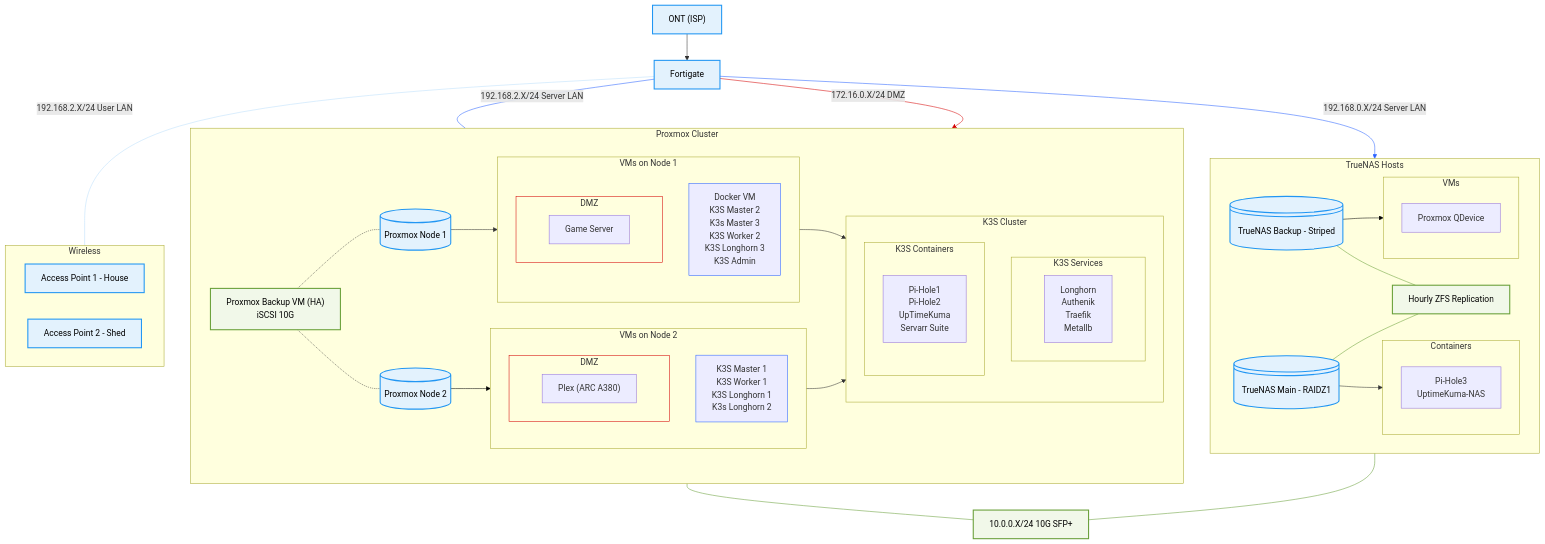
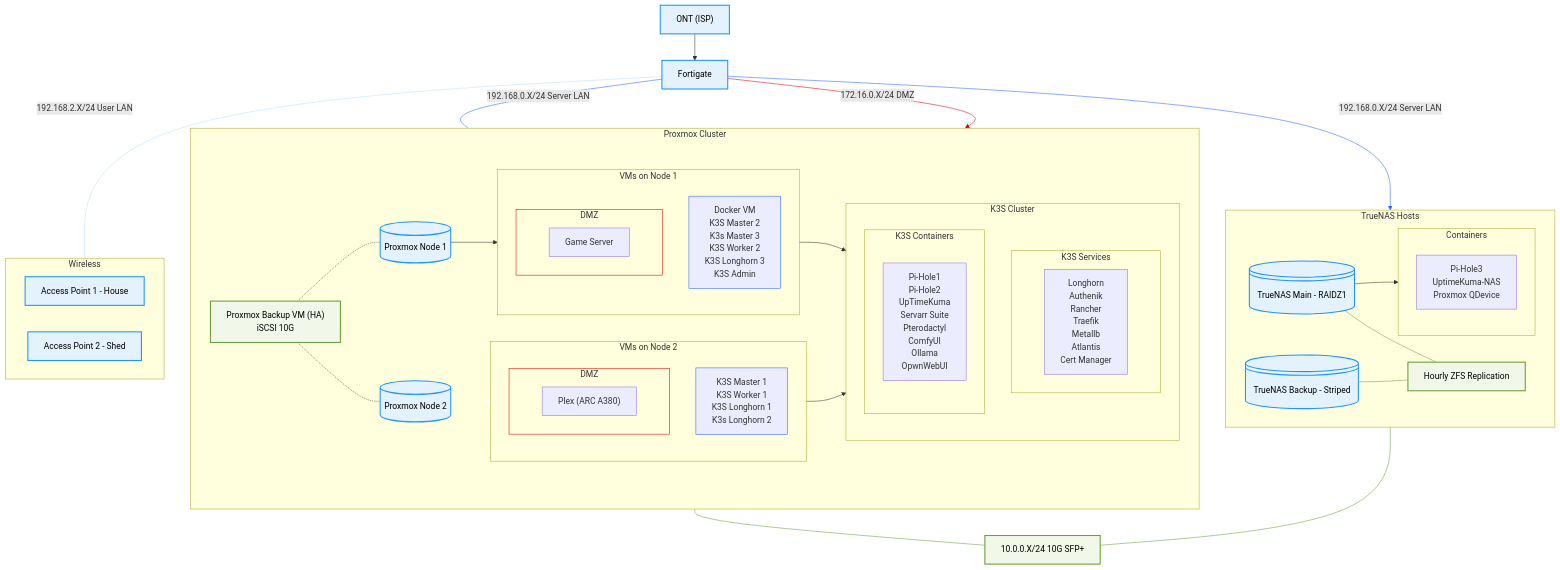
Before and after one commit to rbmfullerton/homelab: the diagram in README.md, drawn with Mermaid.

Commit message:
Update README with additional services and links

```diff
--- a/README.md
+++ b/README.md
@@ -33,10 +33,10 @@
         PX2VMDMZ["Plex (ARC A380)"]
   end
  subgraph K3SSers["K3S Services"]
-        K3SPodList["Longhorn<br>Authenik<br>Traefik<br>Metallb"]
+        K3SPodList["Longhorn<br>Authenik<br>Rancher<br>Traefik<br>Metallb<br>Atlantis<br>Cert Manager"]
   end
  subgraph K3SCons["K3S Containers"]
-        K3SSerList["Pi-Hole1<br>Pi-Hole2<br>UpTimeKuma<br>Servarr Suite"]
+        K3SSerList["Pi-Hole1<br>Pi-Hole2<br>UpTimeKuma<br>Servarr Suite<br>Pterodactyl<br>ComfyUI<br>Ollama<br>OpwnWebUI"]
   end
  subgraph K3S["K3S Cluster"]
         K3SCons
@@ -51,16 +51,12 @@
         PXBKHA["Proxmox Backup VM (HA)<br>iSCSI 10G"]
   end
  subgraph TNMainVMs["Containers"]
-        TNMainVM1["Pi-Hole3<br>UptimeKuma-NAS"]
-  end
- subgraph TNBackupVMs["VMs"]
-        TNBackupVM1["Proxmox QDevice"]
+        TNMainVM1["Pi-Hole3<br>UptimeKuma-NAS<br>Proxmox QDevice"]
   end
  subgraph TrueNAS["TrueNAS Hosts"]
         TNmain["TrueNAS Main - RAIDZ1"]
         TNMainVMs
         TNbackup["TrueNAS Backup - Striped"]
-        TNBackupVMs
         TNZFSRep["Hourly ZFS Replication"]
   end
  subgraph Wireless["Wireless"]
@@ -73,7 +69,7 @@
     ONT@{ label: "ONT (ISP)<span class=\"grow\"></span>" } --> FG["Fortigate"]
     FG -- "192.168.2.X/24 User LAN" --- Wireless
     PXBKHA -.- PX1 & PX2
-    FG -- "192.168.2.X/24 Server LAN" --- ProxmoxCluster
+    FG -- "192.168.0.X/24 Server LAN" --- ProxmoxCluster
     PX1VMs --> K3S
     PX2VMs --> K3S
     PX1 --> PX1VMs
@@ -81,7 +77,6 @@
     FG -- "192.168.0.X/24 Server LAN" --> TrueNAS
     TNmain --> TNMainVMs
     TNmain --- TNZFSRep
-    TNbackup --> TNBackupVMs
     TNbackup --- TNZFSRep
     ProxmoxCluster --- 10G["10.0.0.X/24 10G SFP+"]
     TrueNAS --- 10G
@@ -121,14 +116,13 @@
     style PX2DMZ fill:transparent,stroke:#D50000
     linkStyle 1 stroke:#BBDEFB,fill:none
     linkStyle 4 stroke:#2962FF,fill:none
-    linkStyle 8 stroke:#000000,fill:none
+    linkStyle 8 stroke:#FFFFFF,fill:none
     linkStyle 9 stroke:#2962FF,fill:none
     linkStyle 11 stroke:#689f38,fill:none
-    linkStyle 12 stroke:#000000,fill:none
+    linkStyle 12 stroke:#689f38,fill:none
     linkStyle 13 stroke:#689f38,fill:none
     linkStyle 14 stroke:#689f38,fill:none
-    linkStyle 15 stroke:#689f38,fill:none
-    linkStyle 16 stroke:#D50000,fill:none
+    linkStyle 15 stroke:#D50000,fill:none
 
   style 10G color:#000
   style TNmain color:#000
```
